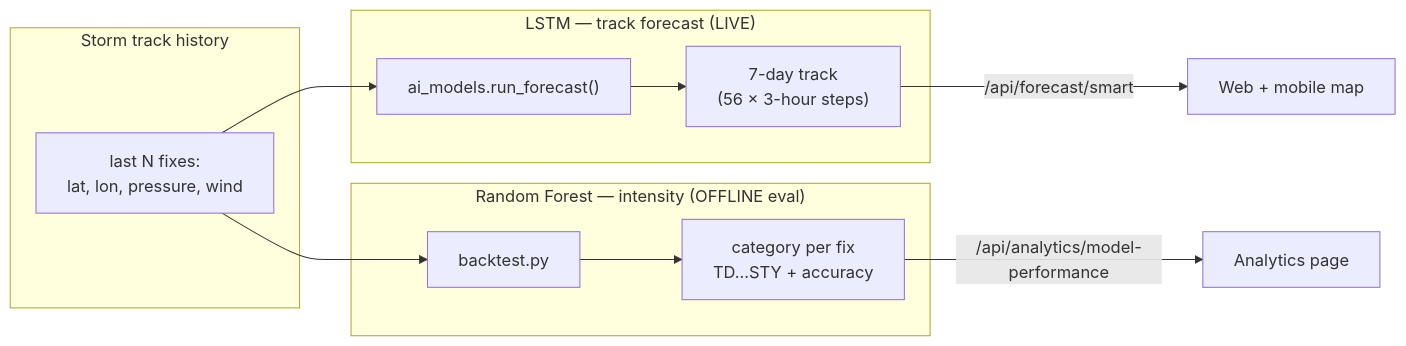
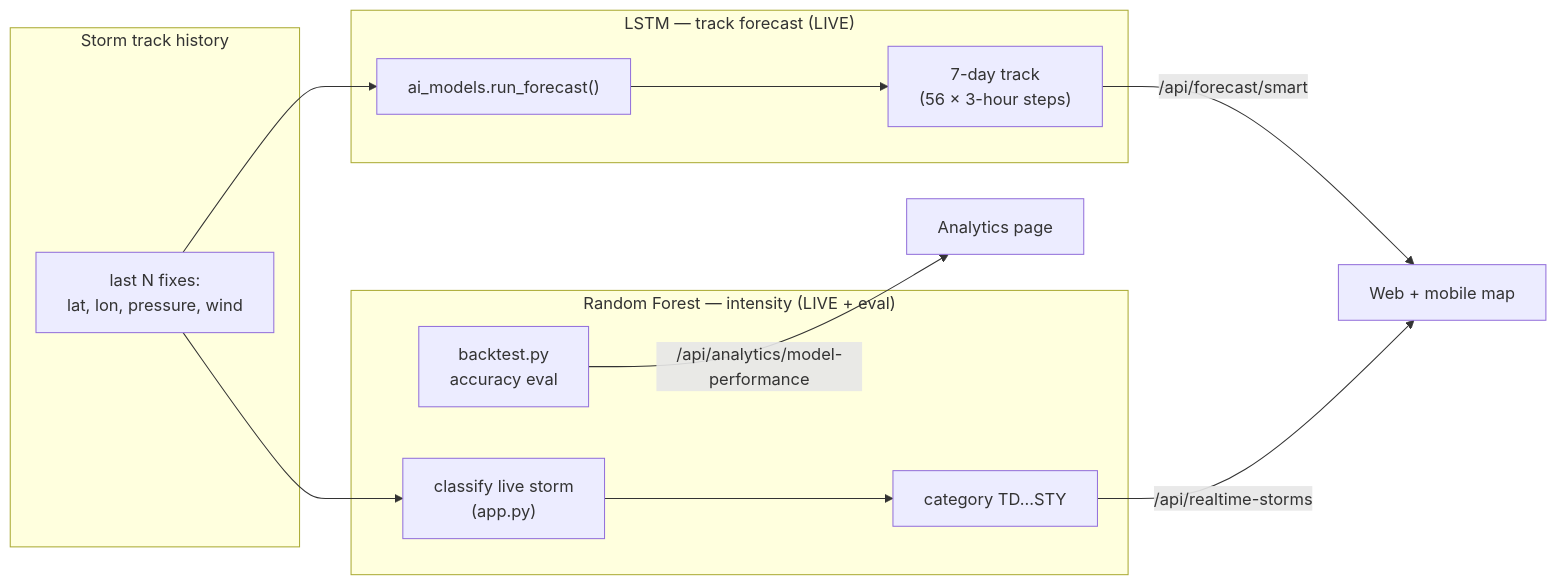
Before and after one commit to Chrisantwo/HeadsUP: the diagram in docs/ML_ALGORITHMS.md, drawn with Mermaid. The commit also changed other lines of this file and 1 other file, not shown here.

First line of the commit message:
Wire Random Forest into live intensity classification

````diff
--- a/docs/ML_ALGORITHMS.md
+++ b/docs/ML_ALGORITHMS.md
@@ -22,21 +22,23 @@
 ```mermaid
 flowchart LR
     subgraph Input["Storm track history"]
         H["last N fixes:<br/>lat, lon, pressure, wind"]
     end
 
     subgraph LSTM_PIPE["LSTM — track forecast (LIVE)"]
         L1["ai_models.run_forecast()"]
         L2["7-day track<br/>(56 × 3-hour steps)"]
     end
 
-    subgraph RF_PIPE["Random Forest — intensity (OFFLINE eval)"]
-        R1["backtest.py"]
-        R2["category per fix<br/>TD…STY + accuracy"]
+    subgraph RF_PIPE["Random Forest — intensity (LIVE + eval)"]
+        R1["classify live storm<br/>(app.py)"]
+        R2["category TD…STY"]
+        R3["backtest.py<br/>accuracy eval"]
     end
 
     H --> L1 --> L2
     H --> R1 --> R2
     L2 -->|"/api/forecast/smart"| WEB["Web + mobile map"]
-    R2 -->|"/api/analytics/model-performance"| AN["Analytics page"]
+    R2 -->|"/api/realtime-storms"| WEB
+    R3 -->|"/api/analytics/model-performance"| AN["Analytics page"]
 ```
````
